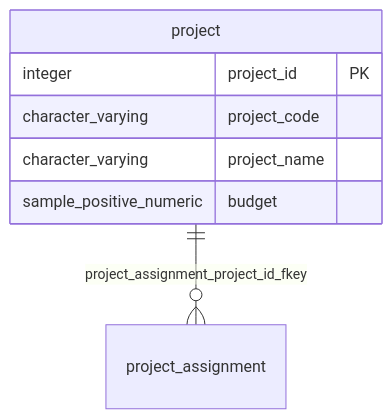
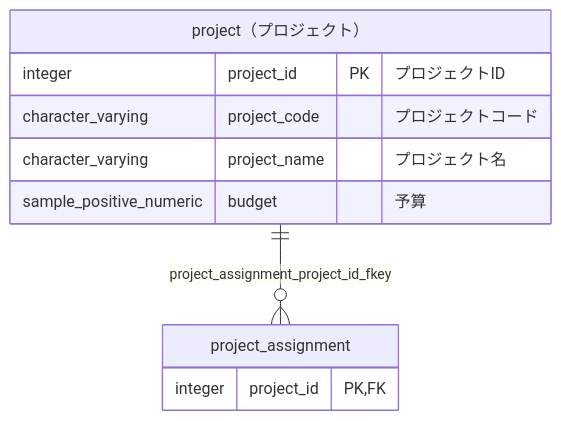
The diagram in docs/sample/postgres/output/testdb/sample/table/project.md (ebichan88/exportTableDefinition), drawn with Mermaid before and after one commit. The commit also changed other lines of this file and 66 other files, not shown here.

First line of the commit message:
Show logical table names and relation columns in ER diagram boxes

````diff
--- a/docs/sample/postgres/output/testdb/sample/table/project.md
+++ b/docs/sample/postgres/output/testdb/sample/table/project.md
@@ -58,12 +58,15 @@
 ```mermaid
 erDiagram
-    sample_project["project"]
+    sample_project["project（プロジェクト）"]
     sample_project_assignment["project_assignment"]
     sample_project ||--o{ sample_project_assignment : "project_assignment_project_id_fkey"
     sample_project {
-        integer project_id PK
-        character_varying project_code
-        character_varying project_name
-        sample_positive_numeric budget
+        integer project_id PK "プロジェクトID"
+        character_varying project_code "プロジェクトコード"
+        character_varying project_name "プロジェクト名"
+        sample_positive_numeric budget "予算"
+    }
+    sample_project_assignment {
+        integer project_id PK, FK
     }
 ```
````
